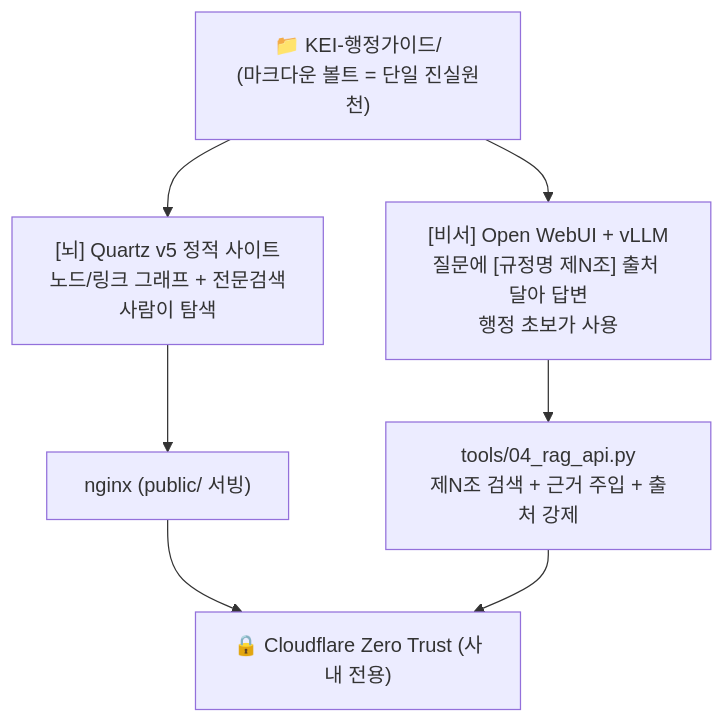
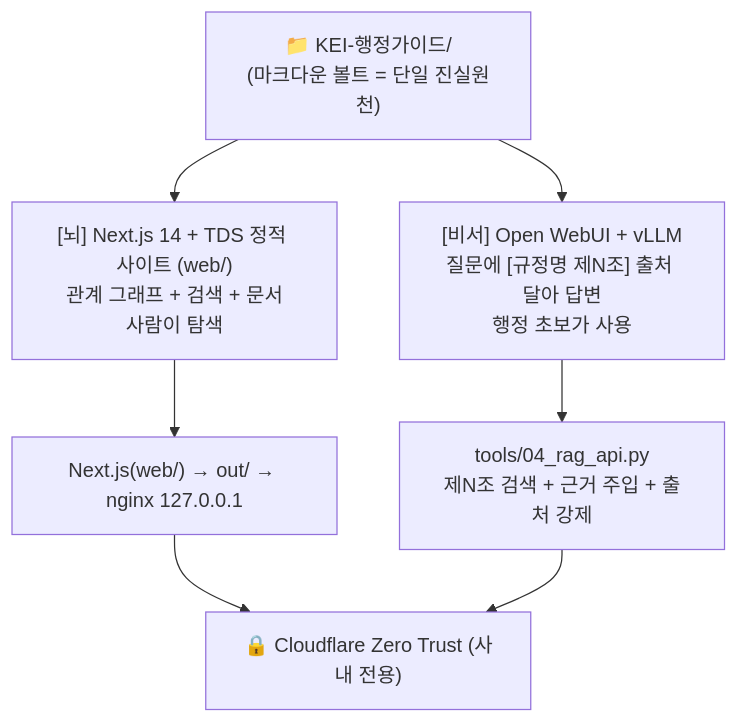
One commit to mooner92/KEIAdminSuperv changed the first of 3 diagrams in README.md. Above: the diagram before and after it, drawn with Mermaid. The commit also changed other lines of this file and 4 other files, not shown here.

First line of the commit message:
docs: [뇌] 화면 Quartz → Next.js + TDS 이관 반영

````diff
--- a/README.md
+++ b/README.md
@@ -35,13 +35,13 @@
 ```mermaid
 flowchart TD
     Vault["📁 KEI-행정가이드/<br/>(마크다운 볼트 = 단일 진실원천)"]
 
-    Vault --> Brain["[뇌] Quartz v5 정적 사이트<br/>노드/링크 그래프 + 전문검색<br/>사람이 탐색"]
+    Vault --> Brain["[뇌] Next.js 14 + TDS 정적 사이트 (web/)<br/>관계 그래프 + 검색 + 문서<br/>사람이 탐색"]
     Vault --> Assistant["[비서] Open WebUI + vLLM<br/>질문에 [규정명 제N조] 출처 달아 답변<br/>행정 초보가 사용"]
 
-    Brain --> Nginx["nginx (public/ 서빙)"]
+    Brain --> Nginx["Next.js(web/) → out/ → nginx 127.0.0.1"]
     Assistant --> RAG["tools/04_rag_api.py<br/>제N조 검색 + 근거 주입 + 출처 강제"]
 
     Nginx --> ZT["🔒 Cloudflare Zero Trust (사내 전용)"]
     RAG --> ZT
 ```
````
